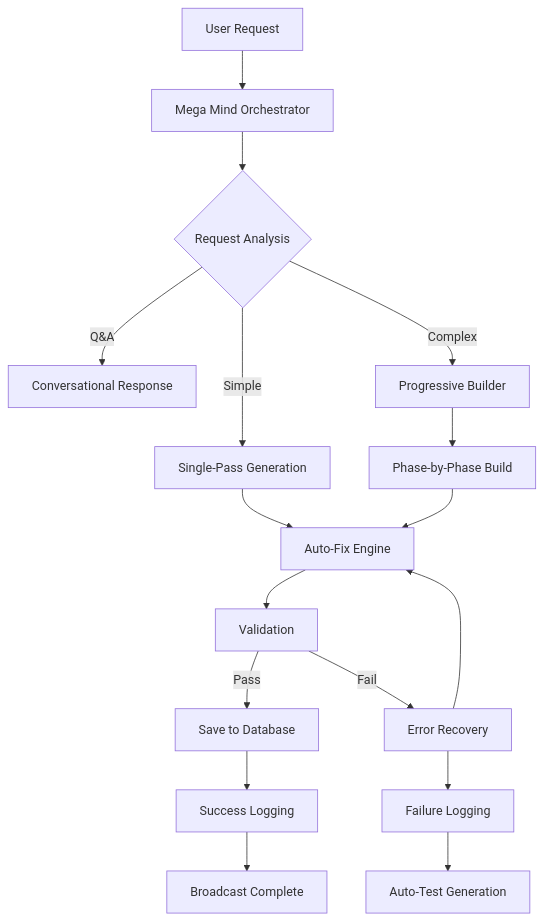
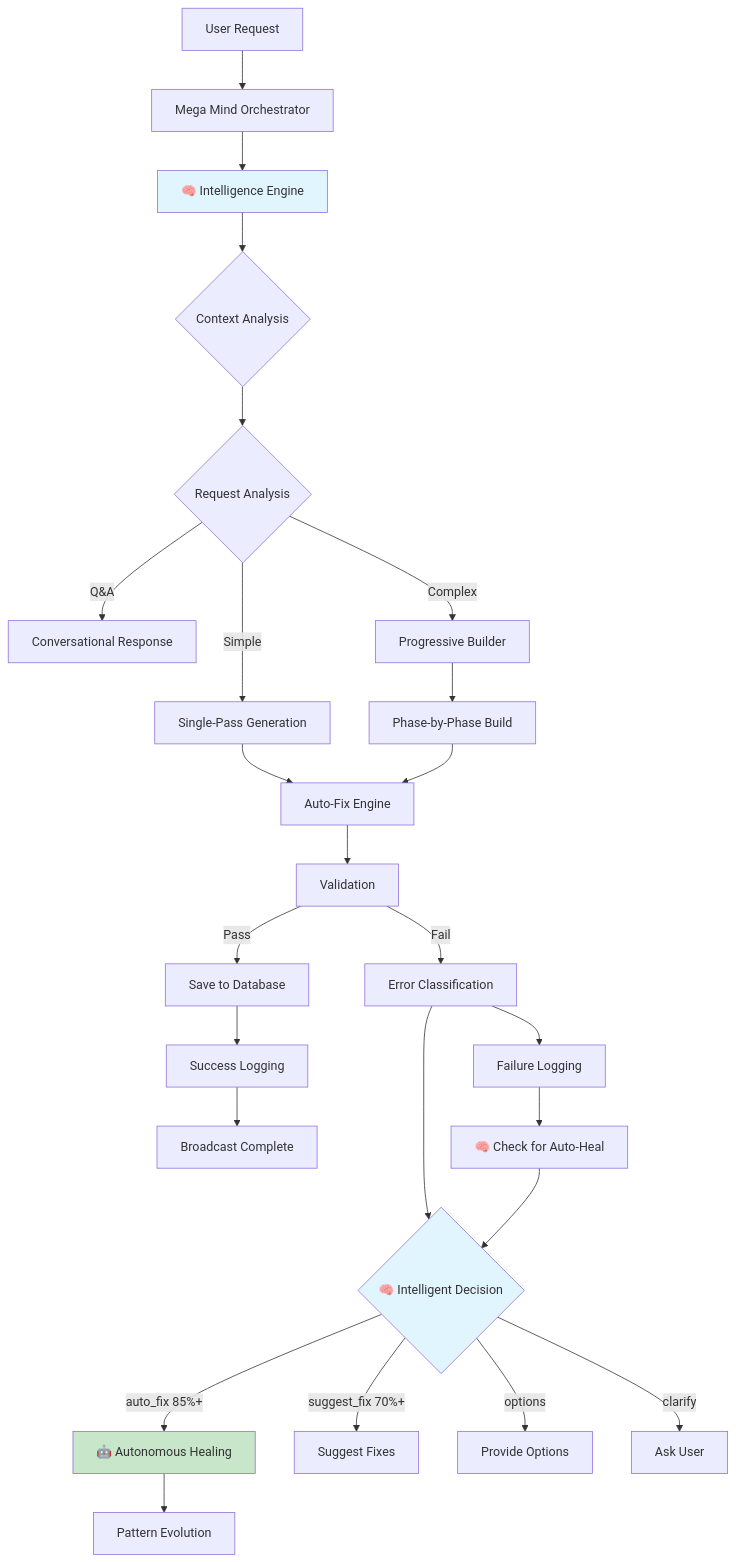
Before and after one commit to Surafiel1527/amharic-code-craft: the first of 5 diagrams in MEGA_MIND_ARCHITECTURE.md, drawn with Mermaid. The commit also changed other lines of this file and 6 other files, not shown here.

````diff
--- a/MEGA_MIND_ARCHITECTURE.md
+++ b/MEGA_MIND_ARCHITECTURE.md
@@ -19,23 +25,37 @@
 ```mermaid
 graph TD
     A[User Request] --> B[Mega Mind Orchestrator]
-    B --> C{Request Analysis}
-    C -->|Q&A| D[Conversational Response]
-    C -->|Simple| E[Single-Pass Generation]
-    C -->|Complex| F[Progressive Builder]
+    B --> C[🧠 Intelligence Engine]
+    C --> D{Context Analysis}
+    D --> E{Request Analysis}
     
-    E --> G[Auto-Fix Engine]
-    F --> H[Phase-by-Phase Build]
-    H --> G
+    E -->|Q&A| F[Conversational Response]
+    E -->|Simple| G[Single-Pass Generation]
+    E -->|Complex| H[Progressive Builder]
     
-    G --> I[Validation]
-    I -->|Pass| J[Save to Database]
-    I -->|Fail| K[Error Recovery]
-    K --> G
+    G --> I[Auto-Fix Engine]
+    H --> J[Phase-by-Phase Build]
+    J --> I
     
-    J --> L[Success Logging]
-    K --> M[Failure Logging]
+    I --> K[Validation]
+    K -->|Pass| L[Save to Database]
+    K -->|Fail| M[Error Classification]
     
-    L --> N[Broadcast Complete]
-    M --> O[Auto-Test Generation]
+    M --> N{🧠 Intelligent Decision}
+    N -->|auto_fix 85%+| O[🤖 Autonomous Healing]
+    N -->|suggest_fix 70%+| P[Suggest Fixes]
+    N -->|options| Q[Provide Options]
+    N -->|clarify| R[Ask User]
+    
+    O --> S[Pattern Evolution]
+    L --> T[Success Logging]
+    M --> U[Failure Logging]
+    
+    T --> V[Broadcast Complete]
+    U --> W[🧠 Check for Auto-Heal]
+    W --> N
+    
+    style C fill:#e1f5ff
+    style N fill:#e1f5ff
+    style O fill:#c8e6c9
 ```
````
